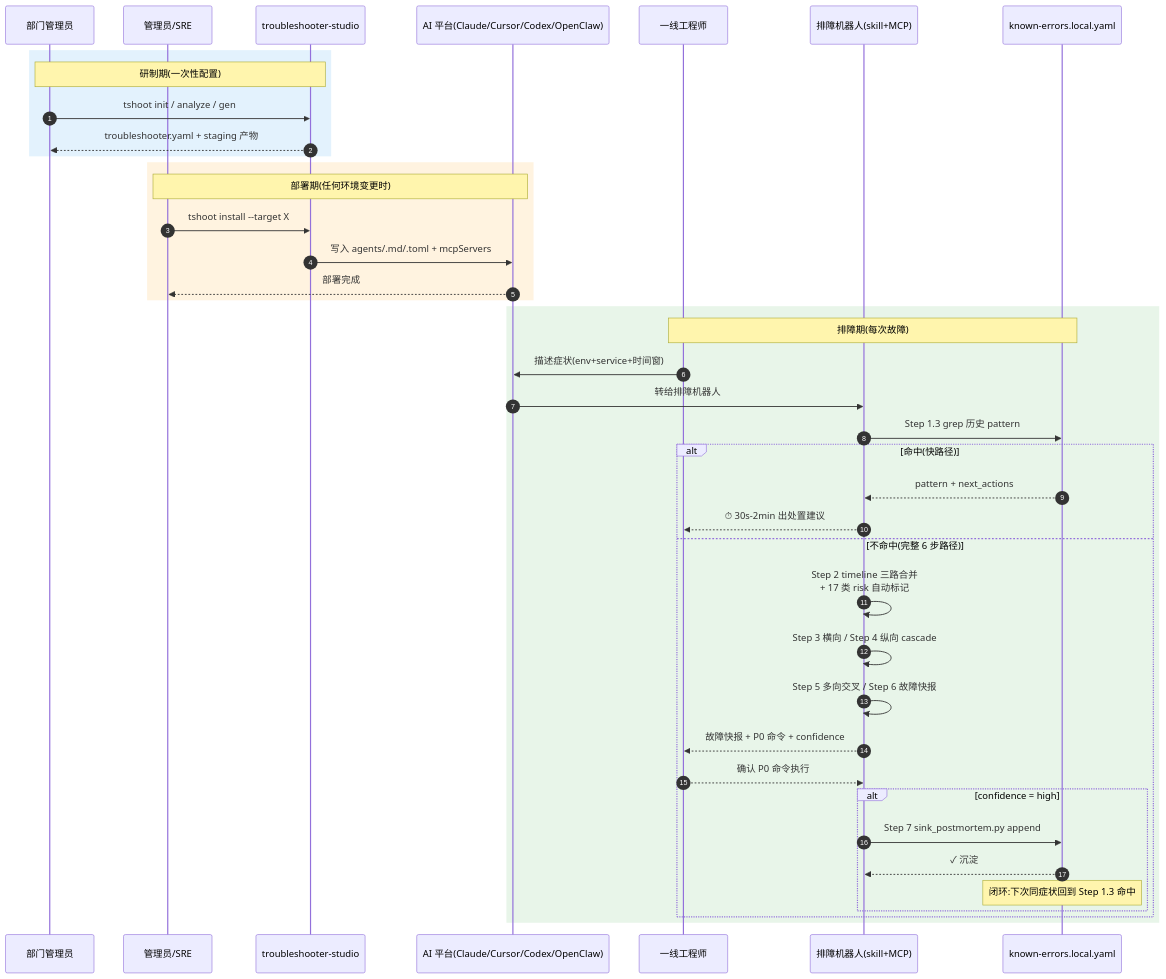
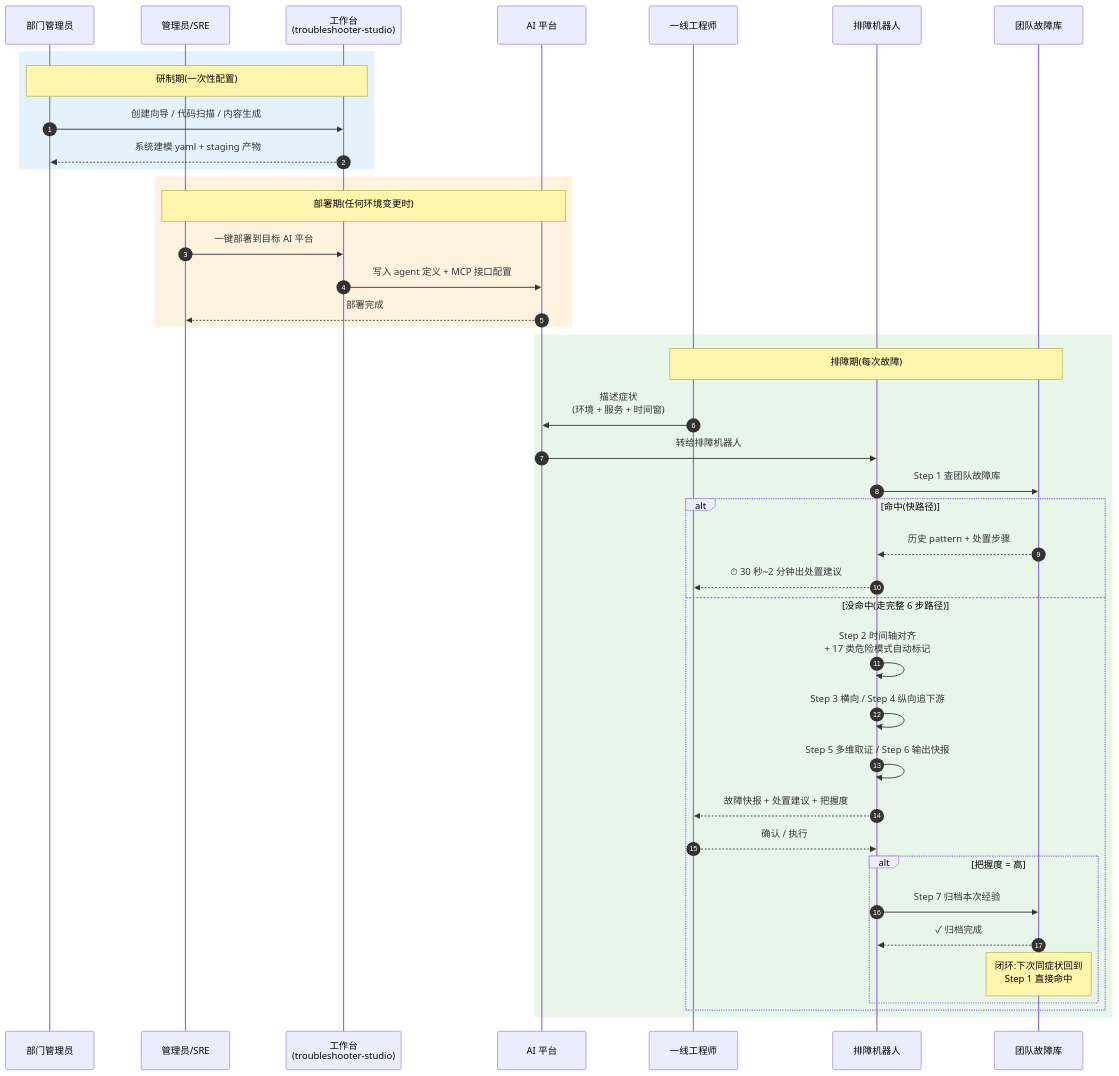
One commit to 452562082/troubleshooter-studio changed the first of 2 diagrams in docs/agent-design-verification-report.md. Above: the diagram before and after it, drawn with Mermaid. The commit also changed other lines of this file and 1 other file, not shown here.

First line of the commit message:
4 张 Mermaid 流程图调间距 + 拆密集节点,飞书/Word 渲染时文字看得清

````diff
--- a/docs/agent-design-verification-report.md
+++ b/docs/agent-design-verification-report.md
@@ -21,47 +21,48 @@
 ```mermaid
+%%{init: {'sequence': {'actorMargin': 80, 'noteMargin': 15, 'messageMargin': 45, 'boxMargin': 12}, 'themeVariables': {'fontSize': '15px'}}}%%
 sequenceDiagram
     autonumber
     participant Mgr as 部门管理员
     participant SRE as 管理员/SRE
-    participant Studio as troubleshooter-studio
-    participant AI as AI 平台(Claude/Cursor/Codex/OpenClaw)
+    participant Studio as 工作台<br/>(troubleshooter-studio)
+    participant AI as AI 平台
     participant Eng as 一线工程师
-    participant Bot as 排障机器人(skill+MCP)
-    participant KB as known-errors.local.yaml
+    participant Bot as 排障机器人
+    participant KB as 团队故障库
 
     rect rgb(227,242,253)
     Note over Mgr,Studio: 研制期(一次性配置)
-    Mgr->>Studio: tshoot init / analyze / gen
-    Studio-->>Mgr: troubleshooter.yaml + staging 产物
+    Mgr->>Studio: 创建向导 / 代码扫描 / 内容生成
+    Studio-->>Mgr: 系统建模 yaml + staging 产物
     end
 
     rect rgb(255,243,224)
     Note over SRE,AI: 部署期(任何环境变更时)
-    SRE->>Studio: tshoot install --target X
-    Studio->>AI: 写入 agents/.md/.toml + mcpServers
+    SRE->>Studio: 一键部署到目标 AI 平台
+    Studio->>AI: 写入 agent 定义 + MCP 接口配置
     AI-->>SRE: 部署完成
     end
 
     rect rgb(232,245,233)
     Note over Eng,KB: 排障期(每次故障)
-    Eng->>AI: 描述症状(env+service+时间窗)
+    Eng->>AI: 描述症状<br/>(环境 + 服务 + 时间窗)
     AI->>Bot: 转给排障机器人
-    Bot->>KB: Step 1.3 grep 历史 pattern
+    Bot->>KB: Step 1 查团队故障库
 
     alt 命中(快路径)
-        KB-->>Bot: pattern + next_actions
-        Bot-->>Eng: ⏱ 30s-2min 出处置建议
-    else 不命中(完整 6 步路径)
-        Bot->>Bot: Step 2 timeline 三路合并<br/>+ 17 类 risk 自动标记
-        Bot->>Bot: Step 3 横向 / Step 4 纵向 cascade
-        Bot->>Bot: Step 5 多向交叉 / Step 6 故障快报
-        Bot-->>Eng: 故障快报 + P0 命令 + confidence
-        Eng-->>Bot: 确认 P0 命令执行
-        alt confidence = high
-            Bot->>KB: Step 7 sink_postmortem.py append
-            KB-->>Bot: ✓ 沉淀
-            Note over KB: 闭环:下次同症状回到 Step 1.3 命中
+        KB-->>Bot: 历史 pattern + 处置步骤
+        Bot-->>Eng: ⏱ 30 秒~2 分钟出处置建议
+    else 没命中(走完整 6 步路径)
+        Bot->>Bot: Step 2 时间轴对齐<br/>+ 17 类危险模式自动标记
+        Bot->>Bot: Step 3 横向 / Step 4 纵向追下游
+        Bot->>Bot: Step 5 多维取证 / Step 6 输出快报
+        Bot-->>Eng: 故障快报 + 处置建议 + 把握度
+        Eng-->>Bot: 确认 / 执行
+        alt 把握度 = 高
+            Bot->>KB: Step 7 归档本次经验
+            KB-->>Bot: ✓ 归档完成
+            Note over KB: 闭环:下次同症状回到<br/>Step 1 直接命中
         end
     end
     end
 ```
````
